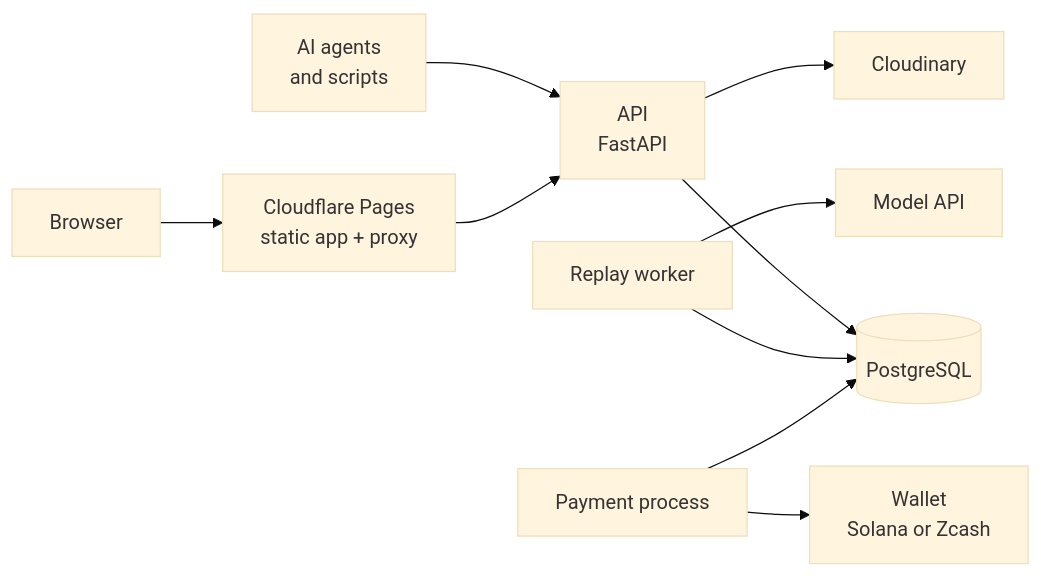
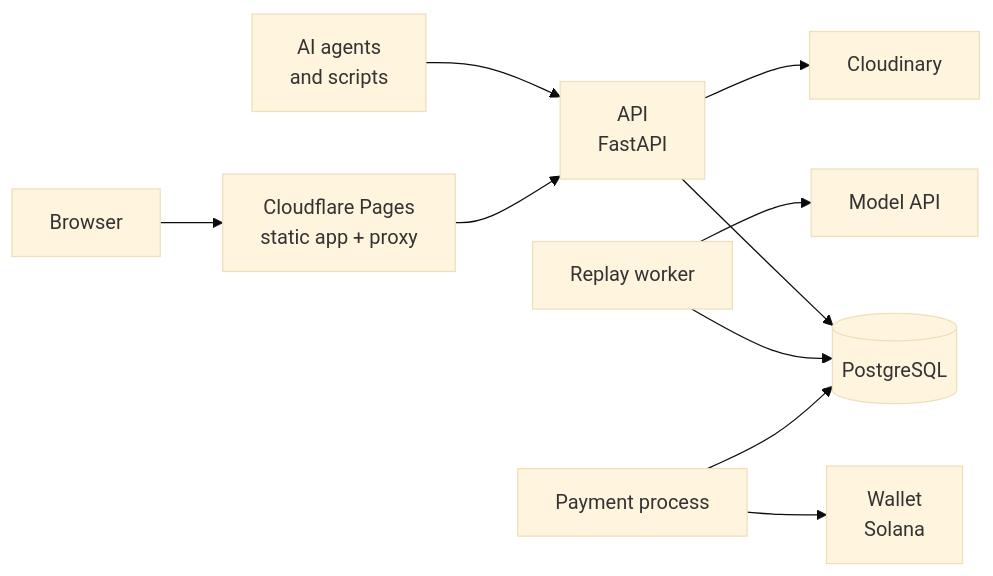
Before and after one commit to aadityakumarsah/trycanari: the second of 2 diagrams in README.md, drawn with Mermaid (base theme). The commit also changed other lines of this file and 8 other files, not shown here.

````diff
--- a/README.md
+++ b/README.md
@@ -159,12 +158,12 @@
 ```mermaid
 flowchart LR
     B[Browser] --> CF[Cloudflare Pages<br/>static app + proxy]
     A[AI agents<br/>and scripts] --> API
     CF --> API[API<br/>FastAPI]
     API --> DB[(PostgreSQL)]
     W[Replay worker] --> DB
     W --> M[Model API]
     PAY[Payment process] --> DB
-    PAY --> Z[Wallet<br/>Solana or Zcash]
+    PAY --> Z[Wallet<br/>Solana]
     API --> IMG[Cloudinary]
 ```
````
